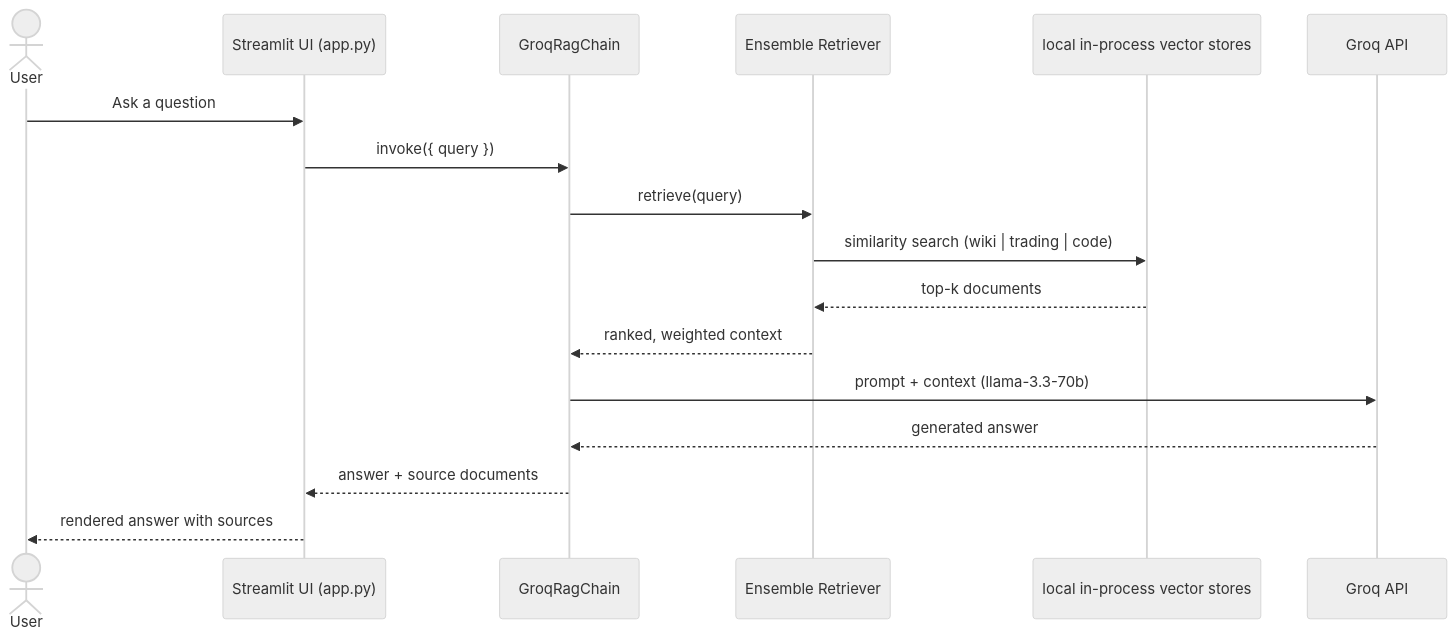
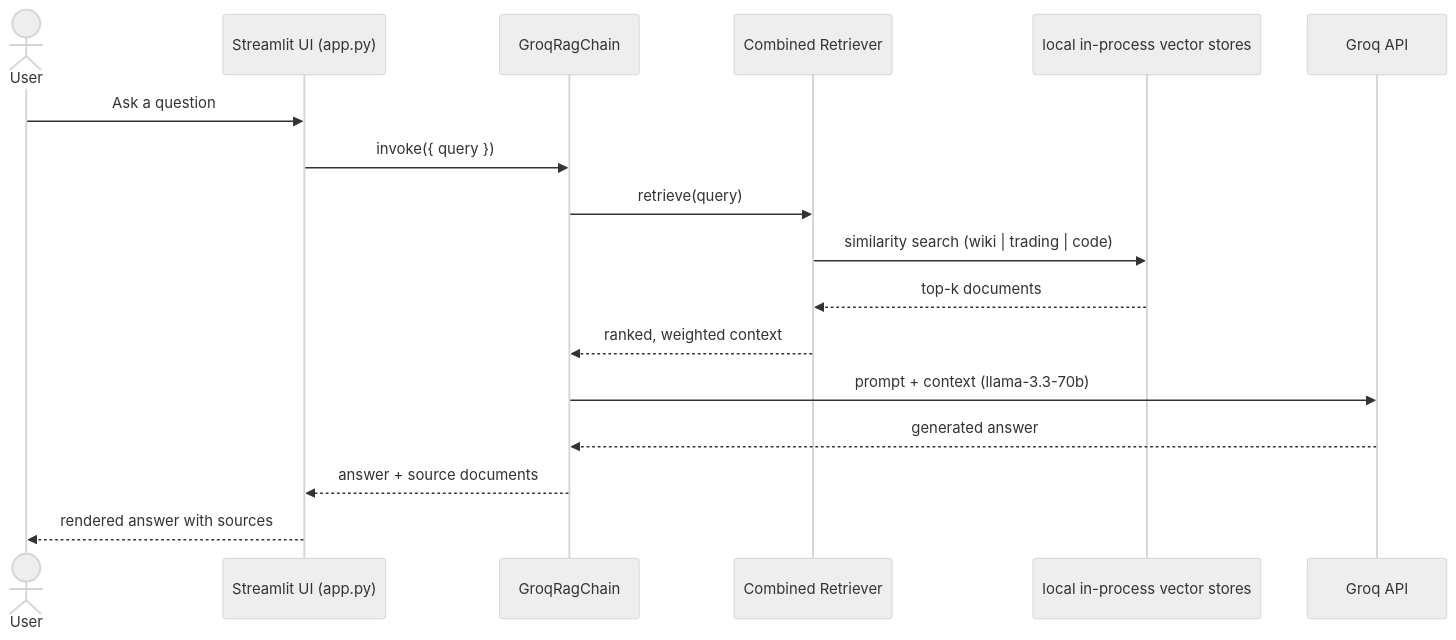
The diagram in README.md (Builder106/imc-prosperity), drawn with Mermaid (neutral theme) before and after one commit. The commit also changed other lines of this file and 3 other files, not shown here.

````diff
--- a/README.md
+++ b/README.md
@@ -44,19 +44,19 @@
 ```mermaid
 sequenceDiagram
     actor User
     participant UI as Streamlit UI (app.py)
     participant RAG as GroqRagChain
-    participant R as Ensemble Retriever
+    participant R as Combined Retriever
     participant VS as local in-process vector stores
     participant Groq as Groq API
     User->>UI: Ask a question
     UI->>RAG: invoke({ query })
     RAG->>R: retrieve(query)
     R->>VS: similarity search (wiki | trading | code)
     VS-->>R: top-k documents
     R-->>RAG: ranked, weighted context
     RAG->>Groq: prompt + context (llama-3.3-70b)
     Groq-->>RAG: generated answer
     RAG-->>UI: answer + source documents
     UI-->>User: rendered answer with sources
 ```
````
